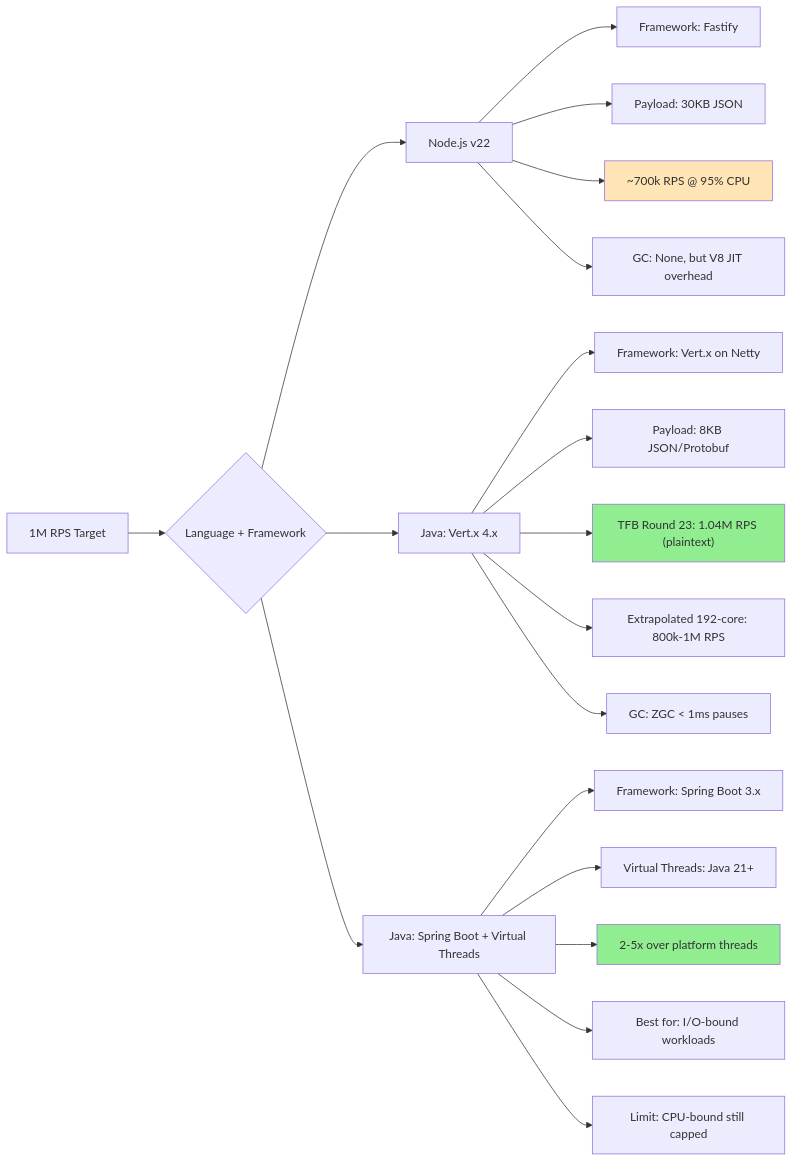
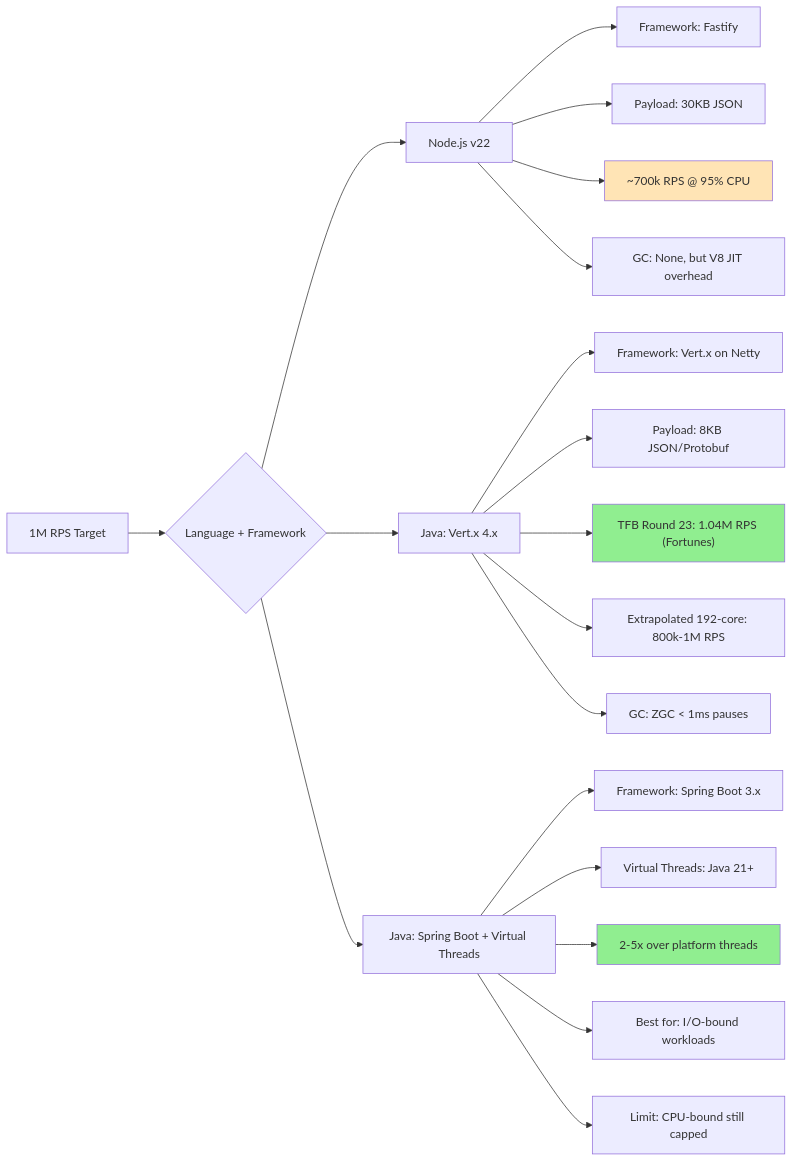
Before and after one commit to rsrini7/Learnings: the third of 5 diagrams in Architecture/Scaling-1M-RPS-Java.md, drawn with Mermaid. The commit also changed other lines of this file, not shown here.

````diff
--- a/Architecture/Scaling-1M-RPS-Java.md
+++ b/Architecture/Scaling-1M-RPS-Java.md
@@ -443,29 +443,29 @@
 ```mermaid
 graph LR
     A[1M RPS Target] --> B{Language + Framework}
     
     B --> C[Node.js v22]
     B --> D[Java: Vert.x 4.x]
     B --> E[Java: Spring Boot + Virtual Threads]
     
     C --> C1["Framework: Fastify"]
     C --> C2["Payload: 30KB JSON"]
     C --> C3["~700k RPS @ 95% CPU"]
     C --> C4["GC: None, but V8 JIT overhead"]
     
     D --> D1["Framework: Vert.x on Netty"]
     D --> D2["Payload: 8KB JSON/Protobuf"]
-    D --> D3["TFB Round 23: 1.04M RPS (plaintext)"]
+    D --> D3["TFB Round 23: 1.04M RPS (Fortunes)"]
     D --> D4["Extrapolated 192-core: 800k-1M RPS"]
     D --> D5["GC: ZGC < 1ms pauses"]
     
     E --> E1["Framework: Spring Boot 3.x"]
     E --> E2["Virtual Threads: Java 21+"]
     E --> E3["2-5x over platform threads"]
     E --> E4["Best for: I/O-bound workloads"]
     E --> E5["Limit: CPU-bound still capped"]
     
     style C3 fill:#FFE4B5
     style D3 fill:#90EE90
     style E3 fill:#90EE90
 ```
````
